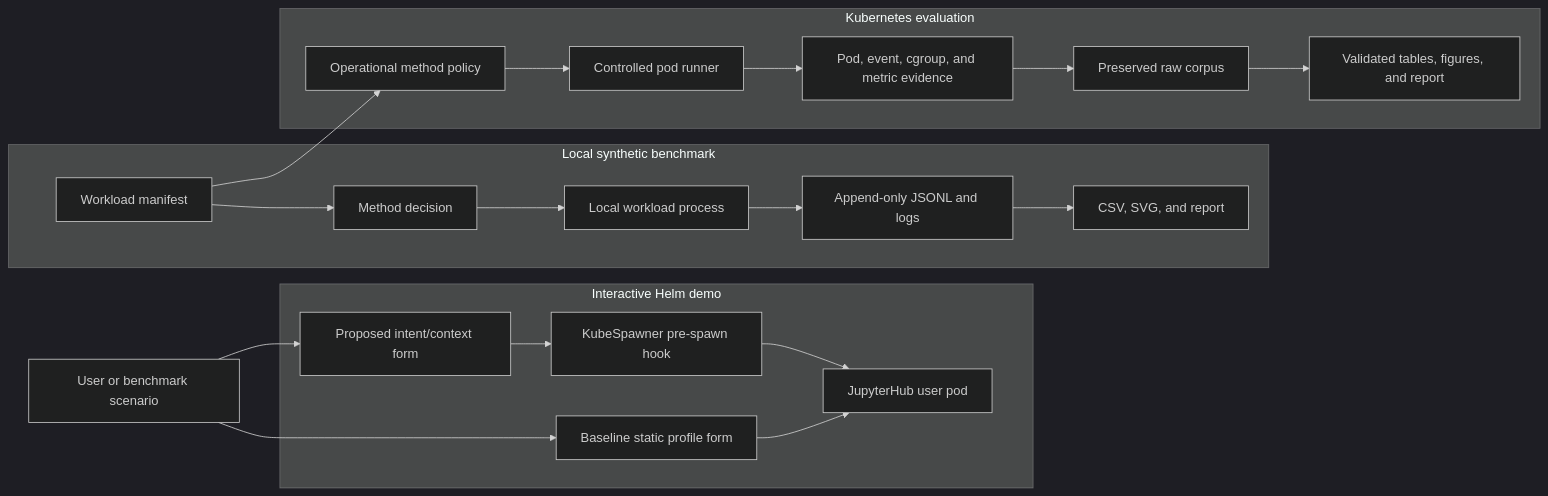
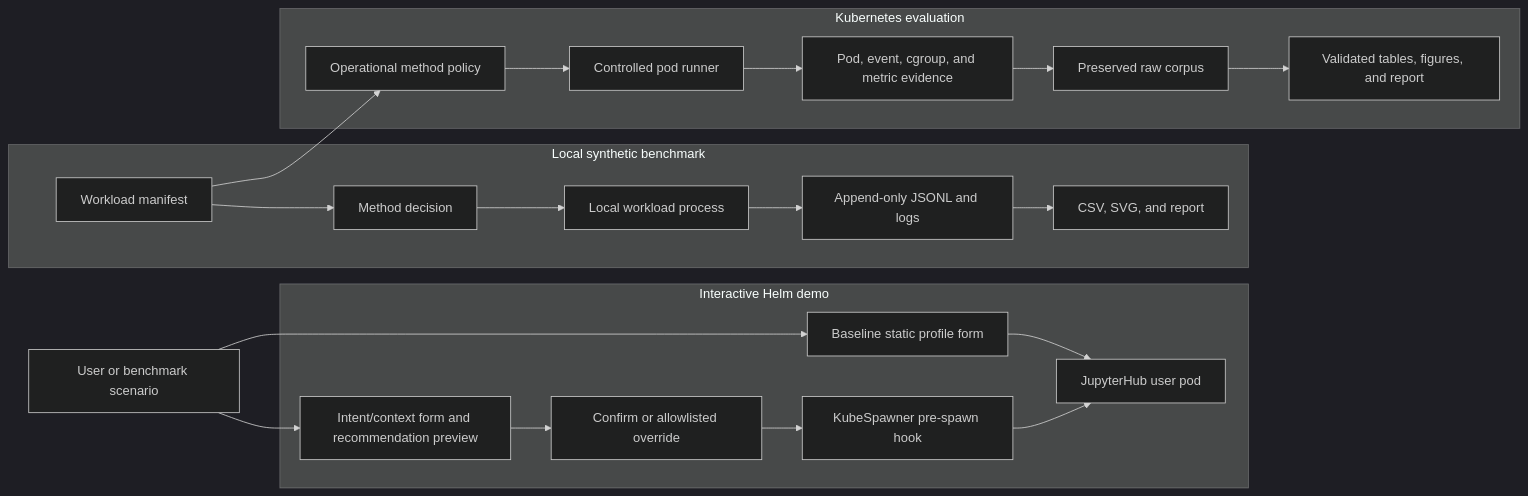
Before and after one commit to mthang1201/intent-spawner: the first of 5 diagrams in docs/ARCHITECTURE.md, drawn with Mermaid (dark theme). The commit also changed other lines of this file and 17 other files, not shown here.

````diff
--- a/docs/ARCHITECTURE.md
+++ b/docs/ARCHITECTURE.md
@@ -13,33 +13,34 @@
 ```mermaid
 flowchart LR
     User["User or benchmark scenario"]
 
     subgraph Demo["Interactive Helm demo"]
         Baseline["Baseline static profile form"]
-        Proposed["Proposed intent/context form"]
+        Proposed["Intent/context form and recommendation preview"]
+        Confirm["Confirm or allowlisted override"]
         Hook["KubeSpawner pre-spawn hook"]
         UserPod["JupyterHub user pod"]
     end
 
     subgraph Local["Local synthetic benchmark"]
         Manifest["Workload manifest"]
         Methods["Method decision"]
         LocalRunner["Local workload process"]
         LocalRaw["Append-only JSONL and logs"]
         LocalDerived["CSV, SVG, and report"]
     end
 
     subgraph Cluster["Kubernetes evaluation"]
         Policies["Operational method policy"]
         PodRunner["Controlled pod runner"]
         Evidence["Pod, event, cgroup, and metric evidence"]
         ClusterRaw["Preserved raw corpus"]
         ClusterDerived["Validated tables, figures, and report"]
     end
 
     User --> Baseline --> UserPod
-    User --> Proposed --> Hook --> UserPod
+    User --> Proposed --> Confirm --> Hook --> UserPod
 
     Manifest --> Methods --> LocalRunner --> LocalRaw --> LocalDerived
     Manifest --> Policies --> PodRunner --> Evidence --> ClusterRaw --> ClusterDerived
 ```
````
